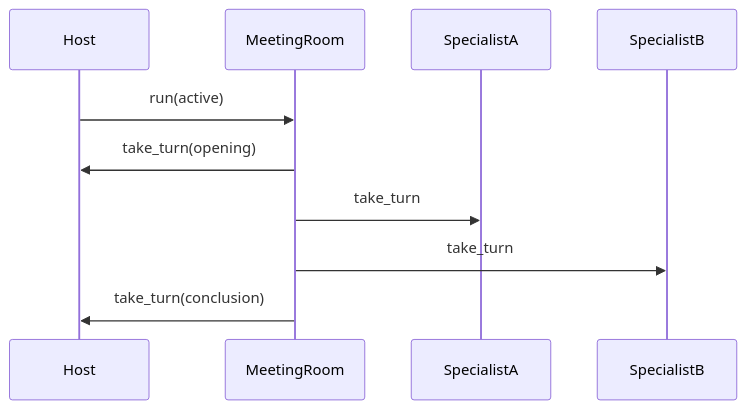
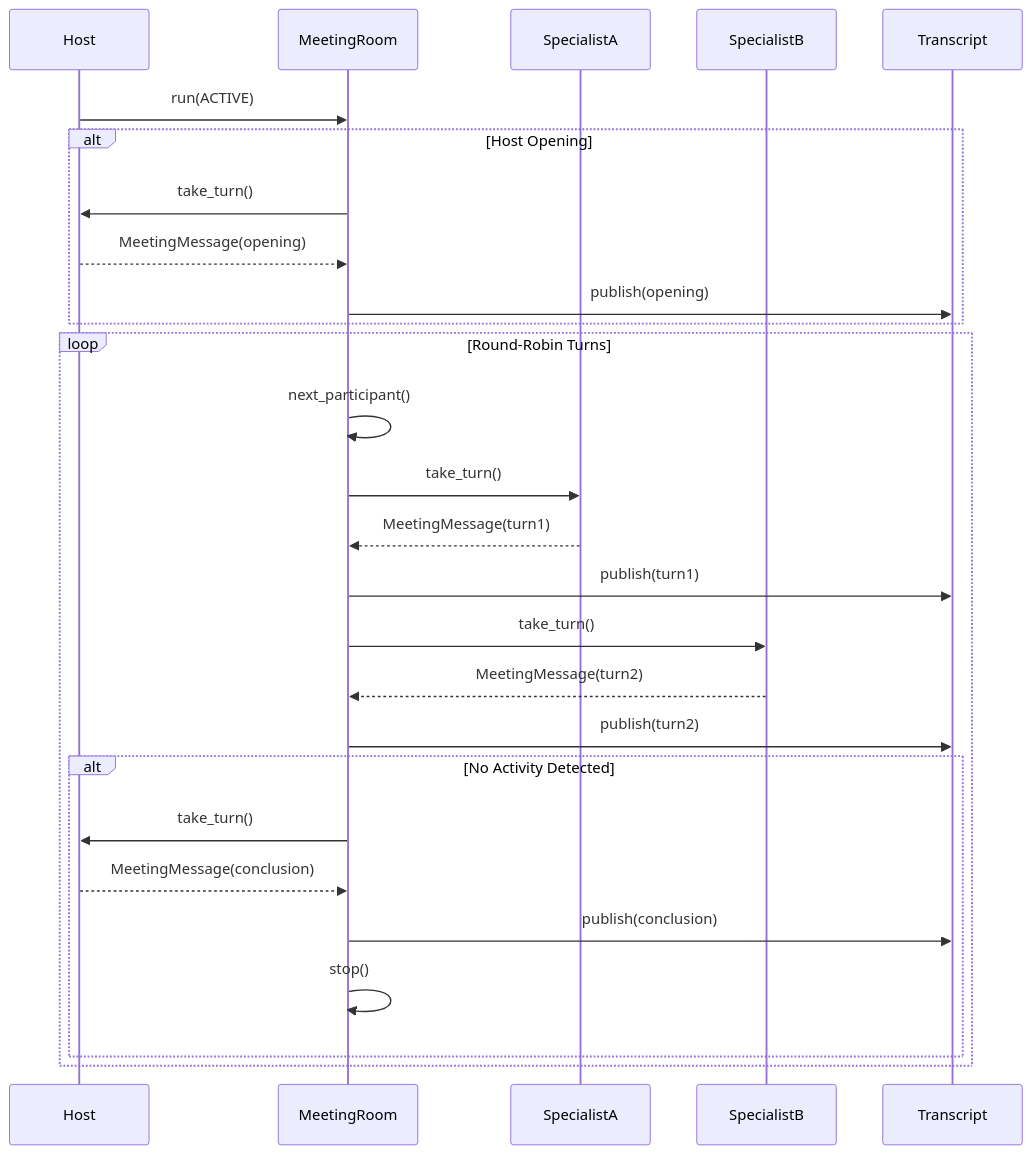
Before and after one commit to plummm/Moose: the third of 4 diagrams in moose/framework/meet_room/README.md, drawn with Mermaid. The commit also changed other lines of this file and 4 other files, not shown here.

````diff
--- a/moose/framework/meet_room/README.md
+++ b/moose/framework/meet_room/README.md
@@ -97,13 +213,33 @@
 ```mermaid
 sequenceDiagram
-participant Host
-participant MeetingRoom
-participant SpecialistA
-participant SpecialistB
-
-Host->>MeetingRoom: run(active)
-MeetingRoom->>Host: take_turn(opening)
-MeetingRoom->>SpecialistA: take_turn
-MeetingRoom->>SpecialistB: take_turn
-MeetingRoom->>Host: take_turn(conclusion)
+    participant Host
+    participant MeetingRoom
+    participant SpecialistA
+    participant SpecialistB
+    
+    Host->>MeetingRoom: run(ACTIVE)
+    
+    alt Host Opening
+        MeetingRoom->>Host: take_turn()
+        Host-->>MeetingRoom: MeetingMessage(opening)
+        MeetingRoom->>Transcript: publish(opening)
+    end
+    
+    loop Round-Robin Turns
+        MeetingRoom->>MeetingRoom: next_participant()
+        MeetingRoom->>SpecialistA: take_turn()
+        SpecialistA-->>MeetingRoom: MeetingMessage(turn1)
+        MeetingRoom->>Transcript: publish(turn1)
+        
+        MeetingRoom->>SpecialistB: take_turn()
+        SpecialistB-->>MeetingRoom: MeetingMessage(turn2)
+        MeetingRoom->>Transcript: publish(turn2)
+        
+        alt No Activity Detected
+            MeetingRoom->>Host: take_turn()
+            Host-->>MeetingRoom: MeetingMessage(conclusion)
+            MeetingRoom->>Transcript: publish(conclusion)
+            MeetingRoom->>MeetingRoom: stop()
+        end
+    end
 ```
````
